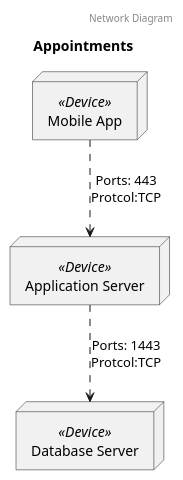
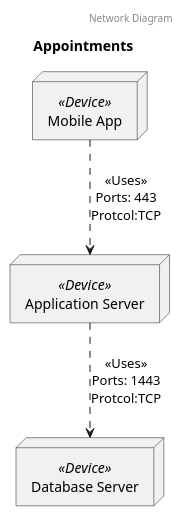
One commit to garrettsutula/example-trellis-project changed the first of 3 diagrams in diagrams/systems/Appointments.puml. Above: the diagram before and after it, drawn with PlantUML. The commit also changed other lines of this file and 29 other files, not shown here.

Commit message:
Update deps, diagram examples

```diff
--- a/diagrams/systems/Appointments.puml
+++ b/diagrams/systems/Appointments.puml
@@ -1,12 +1,12 @@
 @startuml Network Diagram Appointments
 header Network Diagram
 title Appointments
 node "Mobile App" as Mobile_App <<Device>> {
 }
 node "Application Server" as Application_Server <<Device>> {
 }
 node "Database Server" as Database_Server <<Device>> {
 }
-	Mobile_App .down-> Application_Server: Ports: 443\nProtcol:TCP
-	Application_Server .down-> Database_Server: Ports: 1443\nProtcol:TCP
+	Mobile_App .down-> Application_Server: <<Uses>>\nPorts: 443\nProtcol:TCP
+	Application_Server .down-> Database_Server: <<Uses>>\nPorts: 1443\nProtcol:TCP
 @enduml
```
